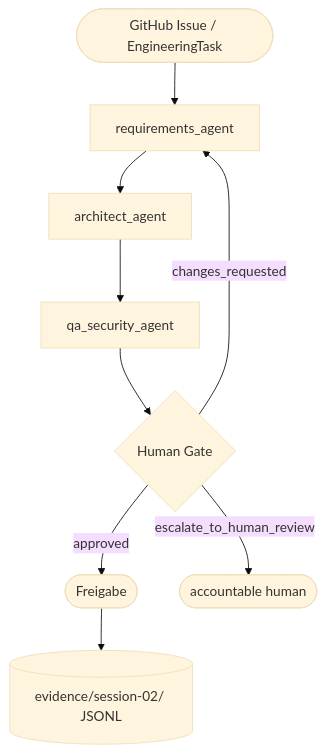
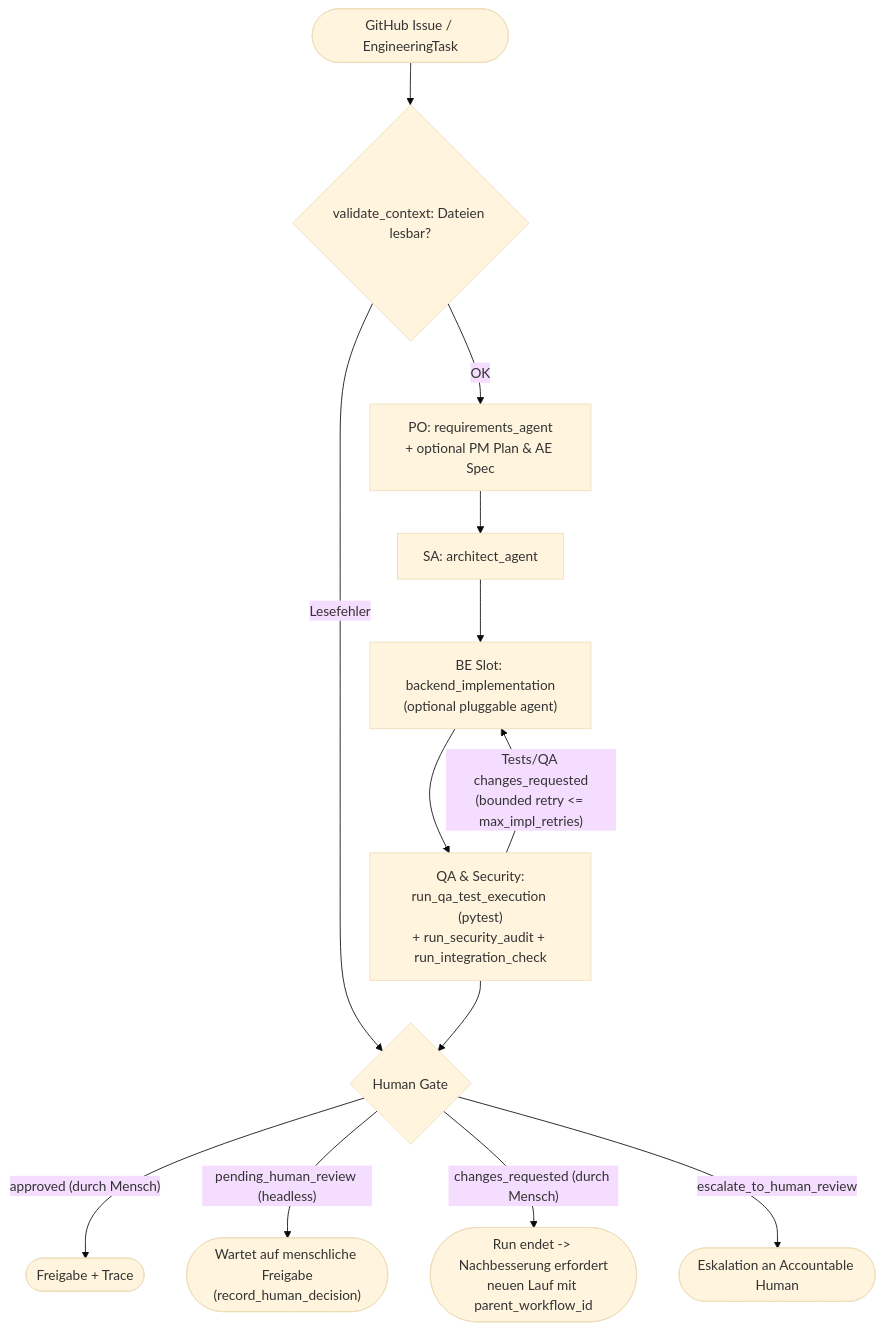
One commit to BohdanBerlev/agentic_ai_peppe changed the diagram in docs/architecture.md. Above: the diagram before and after it, drawn with Mermaid (base theme). The commit also changed other lines of this file and 22 other files, not shown here.

Commit message:
feat(pipeline): prepare Session 3 with 8 roles, real pytest execution, hardened human gate and docs

````diff
--- a/docs/architecture.md
+++ b/docs/architecture.md
@@ -15,11 +23,15 @@
 ```mermaid
 flowchart TD
-    Issue([GitHub Issue / EngineeringTask]) --> Req[requirements_agent]
-    Req --> Arch[architect_agent]
-    Arch --> QA[qa_security_agent]
-    QA --> Gate{Human Gate}
-    Gate -->|approved| Done([Freigabe])
-    Gate -->|changes_requested| Req
-    Gate -->|escalate_to_human_review| Human([accountable human])
-    Done --> Trace[(evidence/session-02/ JSONL)]
+    Issue(["GitHub Issue / EngineeringTask"]) --> Ctx{"validate_context: Dateien lesbar?"}
+    Ctx -->|Lesefehler| Gate{"Human Gate"}
+    Ctx -->|OK| Req["PO: requirements_agent\n+ optional PM Plan & AE Spec"]
+    Req --> Arch["SA: architect_agent"]
+    Arch --> Impl["BE Slot: backend_implementation\n(optional pluggable agent)"]
+    Impl --> QA["QA & Security:\nrun_qa_test_execution (pytest)\n+ run_security_audit + run_integration_check"]
+    QA -->|"Tests/QA changes_requested\n(bounded retry <= max_impl_retries)"| Impl
+    QA --> Gate
+    Gate -->|"approved (durch Mensch)"| Done(["Freigabe + Trace"])
+    Gate -->|"pending_human_review (headless)"| Pending(["Wartet auf menschliche Freigabe\n(record_human_decision)"])
+    Gate -->|"changes_requested (durch Mensch)"| ReRun(["Run endet -> Nachbesserung erfordert\nneuen Lauf mit parent_workflow_id"])
+    Gate -->|"escalate_to_human_review"| Human(["Eskalation an Accountable Human"])
 ```
````
